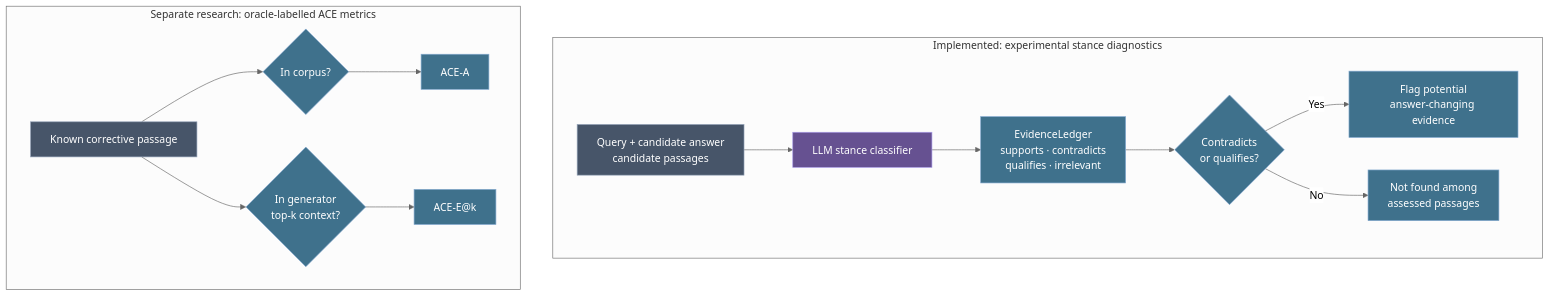
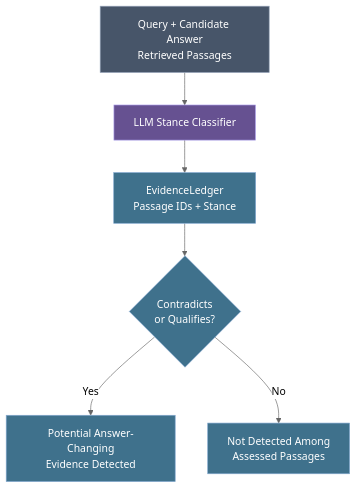
One commit to bksampadi/SignalRank-RAG changed the fifth of 5 diagrams in README.md. Above: the diagram before and after it, drawn with Mermaid (neutral theme). The commit also changed other lines of this file, not shown here.

Commit message:
Split ACE metrics and diagnostics diagrams

````diff
--- a/README.md
+++ b/README.md
@@ -303,26 +320,29 @@
 ```mermaid
 flowchart TB
-    subgraph DIAG["Implemented: experimental stance diagnostics"]
-        direction LR
-        INPUT["Query + candidate answer<br/>candidate passages"] --> CLS["LLM stance classifier"]
-        CLS --> LEDGER["EvidenceLedger<br/>supports · contradicts<br/>qualifies · irrelevant"]
-        LEDGER --> CHECK{"Contradicts<br/>or qualifies?"}
-        CHECK -->|Yes| FLAG["Flag potential<br/>answer-changing evidence"]
-        CHECK -->|No| UNSEEN["Not found among<br/>assessed passages"]
-    end
+    INPUT["Query + Candidate Answer<br/>Retrieved Passages"]
 
-    subgraph ORACLE["Separate research: oracle-labelled ACE metrics"]
-        direction LR
-        GOLD["Known corrective passage"] --> CORPUS{"In corpus?"}
-        GOLD --> CONTEXT{"In generator<br/>top-k context?"}
-        CORPUS --> AVAIL["ACE-A"]
-        CONTEXT --> EXPOSE["ACE-E@k"]
-    end
+    CLS["LLM Stance Classifier"]
+
+    LEDGER["EvidenceLedger<br/>Passage IDs + Stance"]
+
+    CHECK{"Contradicts<br/>or Qualifies?"}
+
+    FLAG["Potential Answer-Changing<br/>Evidence Detected"]
+
+    NONE["Not Detected Among<br/>Assessed Passages"]
+
+    INPUT --> CLS
+    CLS --> LEDGER
+    LEDGER --> CHECK
+
+    CHECK -->|Yes| FLAG
+    CHECK -->|No| NONE
 
     classDef ai fill:#665191,stroke:#A99CE8,color:#ffffff
     classDef rag fill:#3F718C,stroke:#82A8CF,color:#ffffff
     classDef neutral fill:#475569,stroke:#94A3B8,color:#ffffff
-    class INPUT,GOLD neutral
+
+    class INPUT neutral
     class CLS ai
-    class LEDGER,CHECK,FLAG,UNSEEN,CORPUS,CONTEXT,AVAIL,EXPOSE rag
+    class LEDGER,CHECK,FLAG,NONE rag
 ```
````
